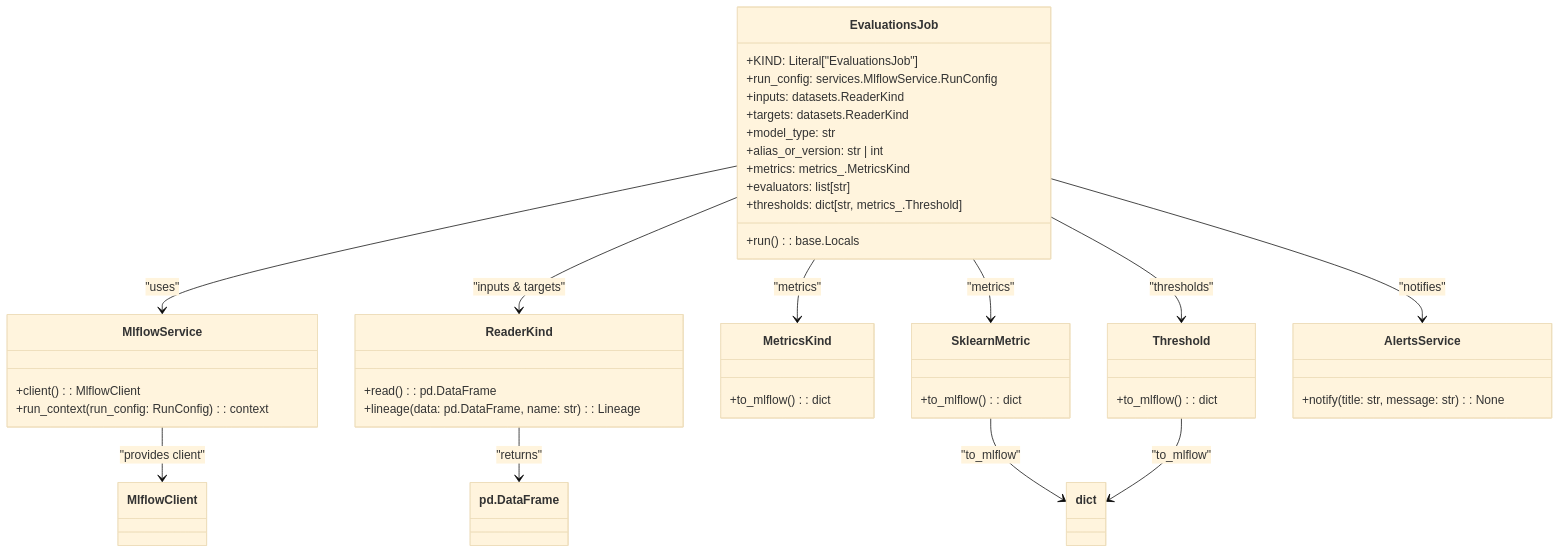
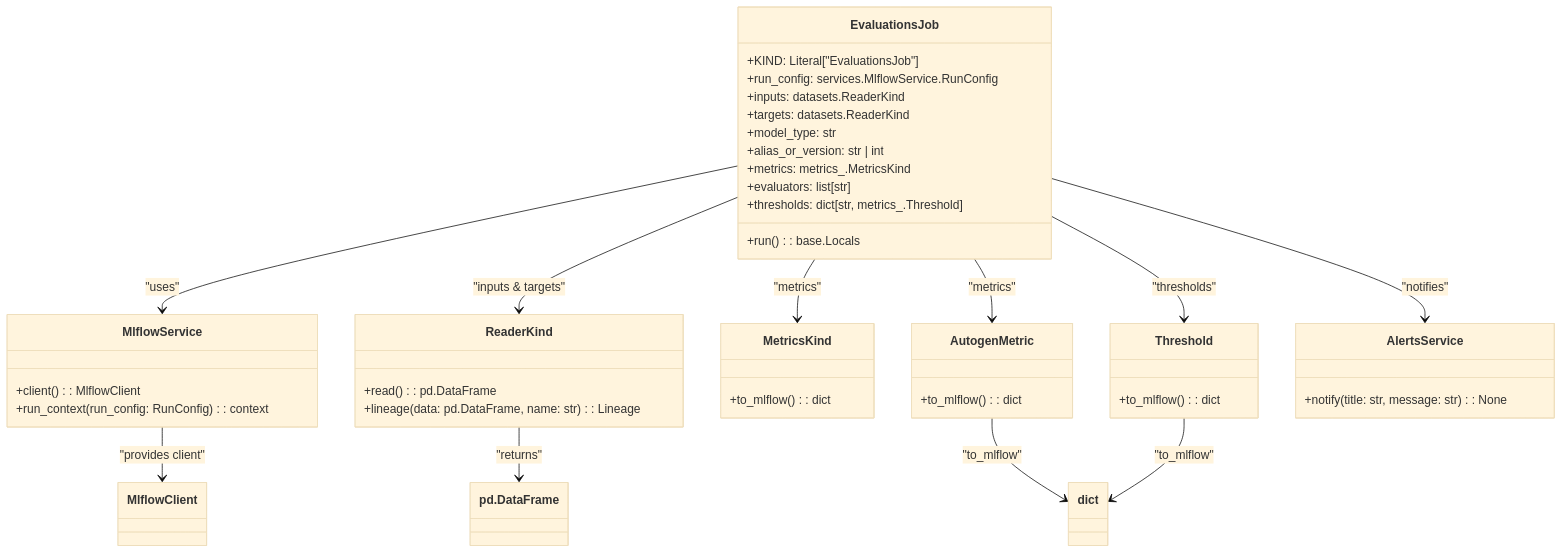
The diagram in Documents/Evaluations_stories.md (lgcorzo/llmops-python-package), drawn with Mermaid (base theme) before and after one commit. The commit also changed 24 other files, not shown here.

````diff
--- a/Documents/Evaluations_stories.md
+++ b/Documents/Evaluations_stories.md
@@ -21,53 +21,53 @@
 ```mermaid
 classDiagram
     class EvaluationsJob {
         +KIND: Literal["EvaluationsJob"]
         +run_config: services.MlflowService.RunConfig
         +inputs: datasets.ReaderKind
         +targets: datasets.ReaderKind
         +model_type: str
         +alias_or_version: str | int
         +metrics: metrics_.MetricsKind
         +evaluators: list[str]
         +thresholds: dict[str, metrics_.Threshold]
         +run(): base.Locals
     }
 
     class MlflowService {
         +client() : MlflowClient
         +run_context(run_config: RunConfig) : context
     }
 
     class ReaderKind {
         +read() : pd.DataFrame
         +lineage(data: pd.DataFrame, name: str) : Lineage
     }
 
     class MetricsKind {
         +to_mlflow() : dict
     }
 
-    class SklearnMetric {
+    class AutogenMetric {
         +to_mlflow() : dict
     }
 
     class Threshold {
         +to_mlflow() : dict
     }
 
     class AlertsService {
         +notify(title: str, message: str) : None
     }
 
     EvaluationsJob --> MlflowService : "uses"
     EvaluationsJob --> ReaderKind : "inputs & targets"
     EvaluationsJob --> MetricsKind : "metrics"
-    EvaluationsJob --> SklearnMetric : "metrics"
+    EvaluationsJob --> AutogenMetric : "metrics"
     EvaluationsJob --> AlertsService : "notifies"
     EvaluationsJob --> Threshold : "thresholds"
     MlflowService --> MlflowClient : "provides client"
     ReaderKind --> pd.DataFrame : "returns"
-    SklearnMetric --> dict : "to_mlflow"
+    AutogenMetric --> dict : "to_mlflow"
     Threshold --> dict : "to_mlflow"
 
 ```
````
